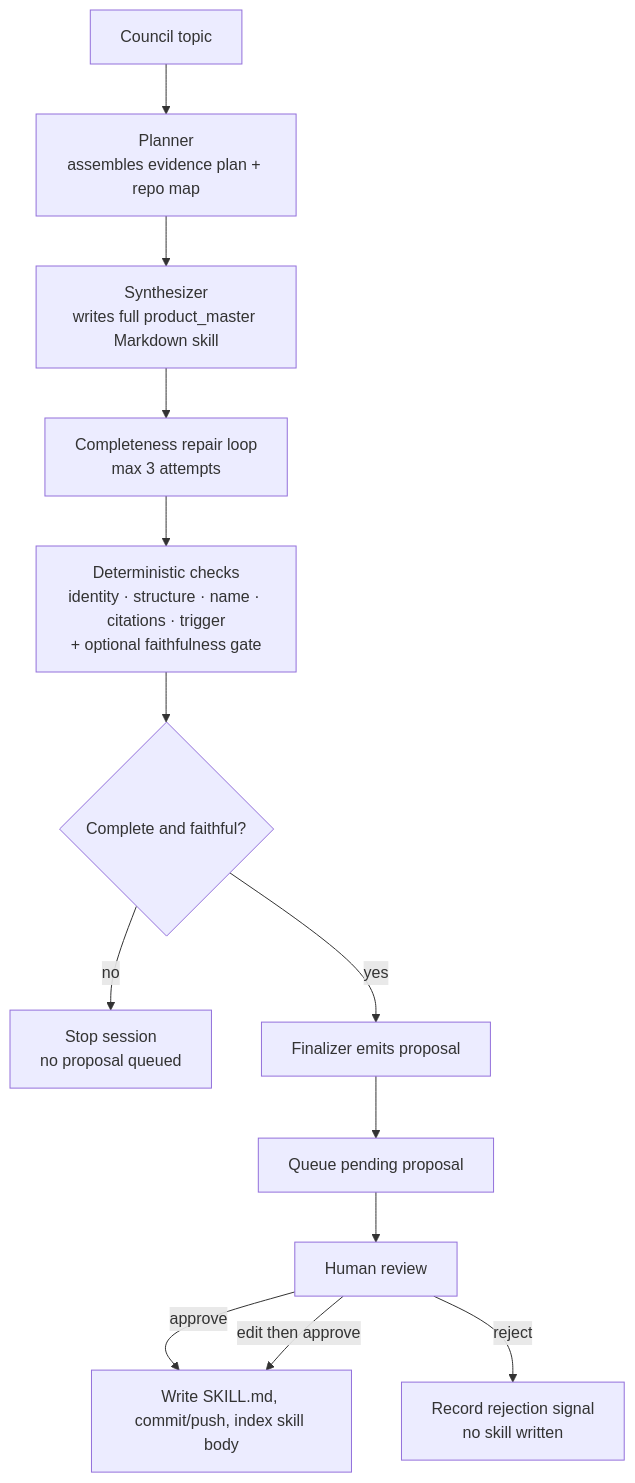
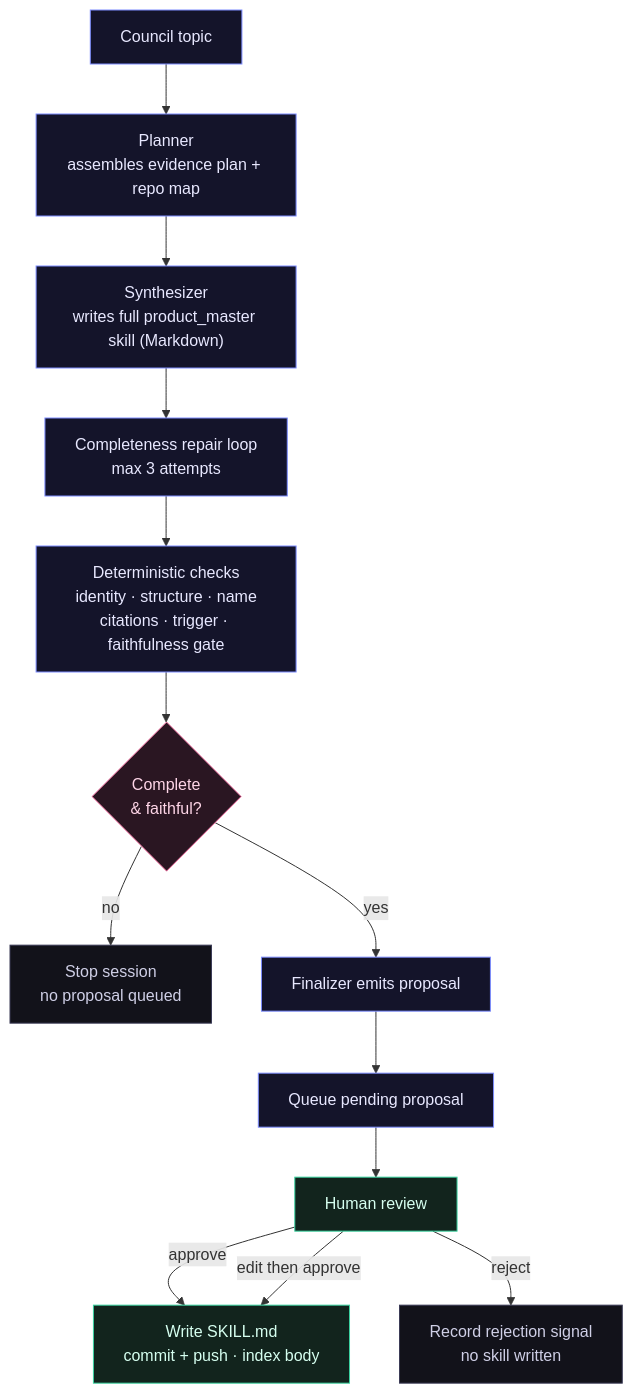
The third of 3 diagrams in README.md (0xaeres/anvay-core), drawn with Mermaid before and after one commit. The commit also changed other lines of this file, not shown here.

````diff
--- a/README.md
+++ b/README.md
@@ -304,15 +349,25 @@
 ```mermaid
 flowchart TD
-  Topic["Council topic"] --> Planner["Planner\nassembles evidence plan + repo map"]
-  Planner --> Synth["Synthesizer\nwrites full product_master Markdown skill"]
-  Synth --> Repair["Completeness repair loop\nmax 3 attempts"]
-  Repair --> Eval["Deterministic checks\nidentity · structure · name · citations · trigger\n+ optional faithfulness gate"]
-  Eval --> Complete{"Complete and faithful?"}
-  Complete -- "no" --> Stop["Stop session\nno proposal queued"]
-  Complete -- "yes" --> Finalizer["Finalizer emits proposal"]
-  Finalizer --> Queue["Queue pending proposal"]
+  classDef step  fill:#14142a,stroke:#7C8CFF,color:#e8e8ff
+  classDef gate  fill:#2a1622,stroke:#ff7cae,color:#ffd6e8
+  classDef human fill:#12241d,stroke:#39d3a0,color:#d6fff0
+  classDef stop  fill:#12121A,stroke:#3a3a55,color:#cfcfe6
+
+  Topic["Council topic"] --> Planner["Planner<br/>assembles evidence plan + repo map"]
+  Planner --> Synth["Synthesizer<br/>writes full product_master skill (Markdown)"]
+  Synth --> Repair["Completeness repair loop<br/>max 3 attempts"]
+  Repair --> Eval["Deterministic checks<br/>identity · structure · name<br/>citations · trigger · faithfulness gate"]
+  Eval --> Q{"Complete<br/>&amp; faithful?"}
+  Q -- "no" --> Stop["Stop session<br/>no proposal queued"]
+  Q -- "yes" --> Final["Finalizer emits proposal"]
+  Final --> Queue["Queue pending proposal"]
   Queue --> Review["Human review"]
-  Review -->|approve| Publish["Write SKILL.md, commit/push, index skill body"]
-  Review -->|edit then approve| Publish
-  Review -->|reject| Reject["Record rejection signal\nno skill written"]
+  Review -- "approve" --> Publish["Write SKILL.md<br/>commit + push · index body"]
+  Review -- "edit then approve" --> Publish
+  Review -- "reject" --> Reject["Record rejection signal<br/>no skill written"]
+
+  class Topic,Planner,Synth,Repair,Eval,Final,Queue step
+  class Q gate
+  class Review,Publish human
+  class Stop,Reject stop
 ```
````
